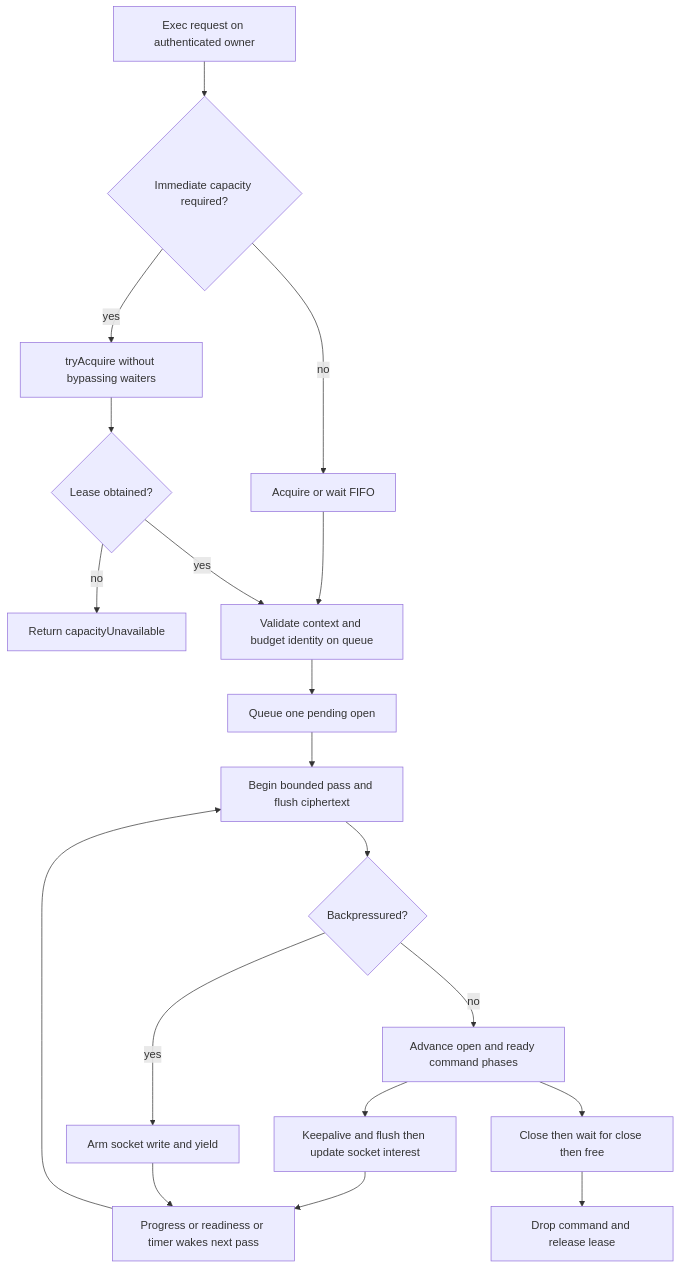
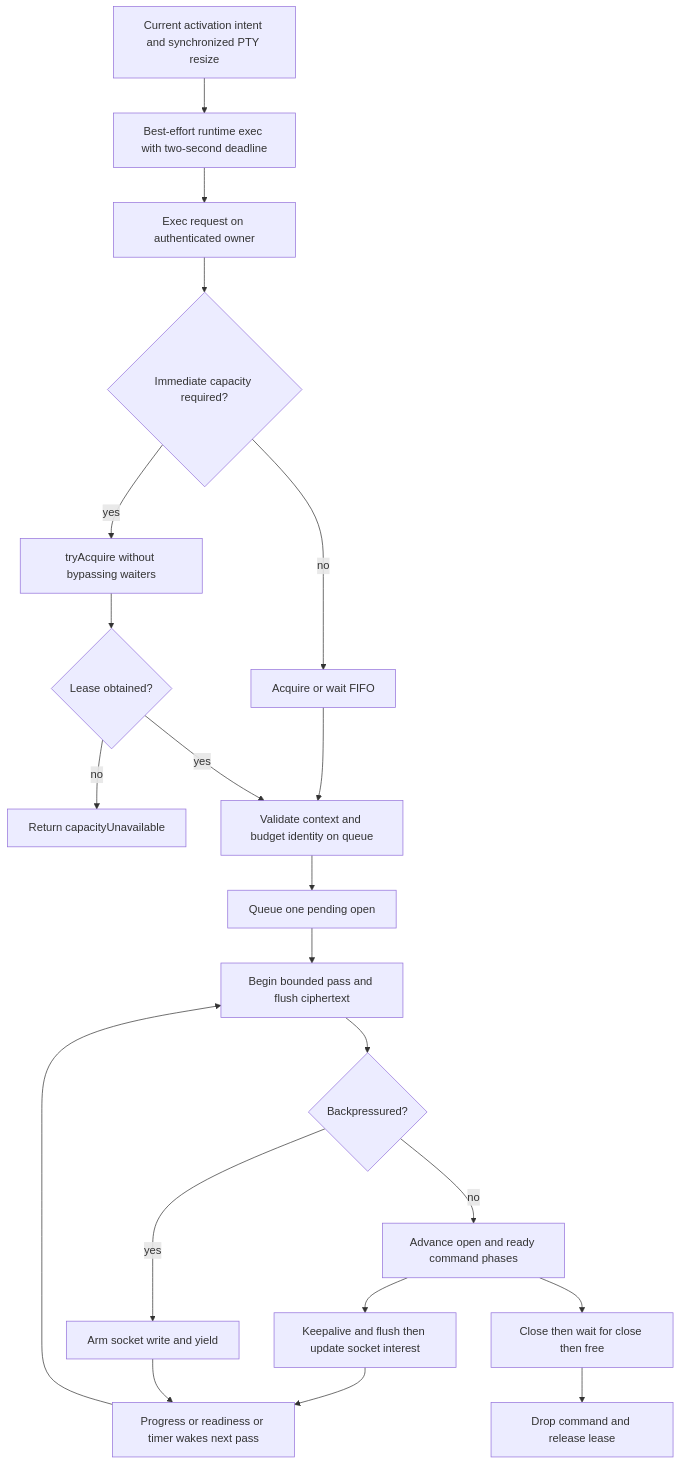
The second of 5 diagrams in openwiki/concepts/ssh-multiplexing-and-scheduling.md (AkinoKaede/Termind), drawn with Mermaid before and after one commit. The commit also changed other lines of this file and 63 other files, not shown here.

````diff
--- a/openwiki/concepts/ssh-multiplexing-and-scheduling.md
+++ b/openwiki/concepts/ssh-multiplexing-and-scheduling.md
@@ -127,21 +145,23 @@
 ```mermaid
 flowchart TD
-    Request["Exec request on authenticated owner"] --> Immediate{"Immediate capacity required?"}
+    Activation["Current activation intent and synchronized PTY resize"] --> Runtime["Best-effort runtime exec with two-second deadline"]
+    Runtime --> Request["Exec request on authenticated owner"]
+    Request --> Immediate{"Immediate capacity required?"}
     Immediate -->|yes| Try["tryAcquire without bypassing waiters"]
     Try --> Available{"Lease obtained?"}
     Available -->|no| Refuse["Return capacityUnavailable"]
     Immediate -->|no| FIFO["Acquire or wait FIFO"]
     FIFO --> Validate["Validate context and budget identity on queue"]
     Available -->|yes| Validate
     Validate --> Open["Queue one pending open"]
     Open --> Pass["Begin bounded pass and flush ciphertext"]
     Pass --> Pressure{"Backpressured?"}
     Pressure -->|yes| Write["Arm socket write and yield"]
     Pressure -->|no| Turn["Advance open and ready command phases"]
     Turn --> Flush["Keepalive and flush then update socket interest"]
     Flush --> Wake["Progress or readiness or timer wakes next pass"]
     Write --> Wake
     Wake --> Pass
     Turn --> Done["Close then wait for close then free"]
     Done --> Release["Drop command and release lease"]
 ```
````
